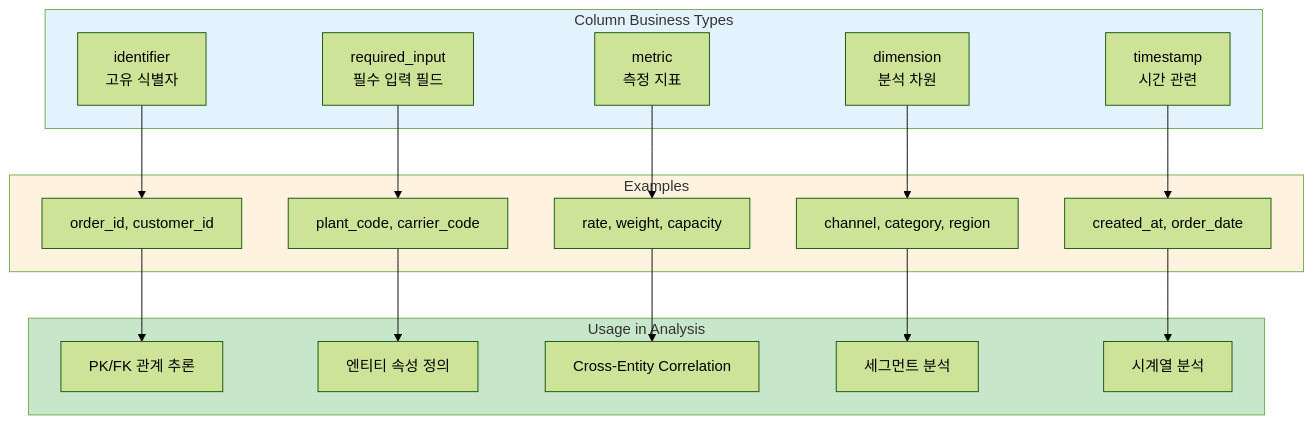
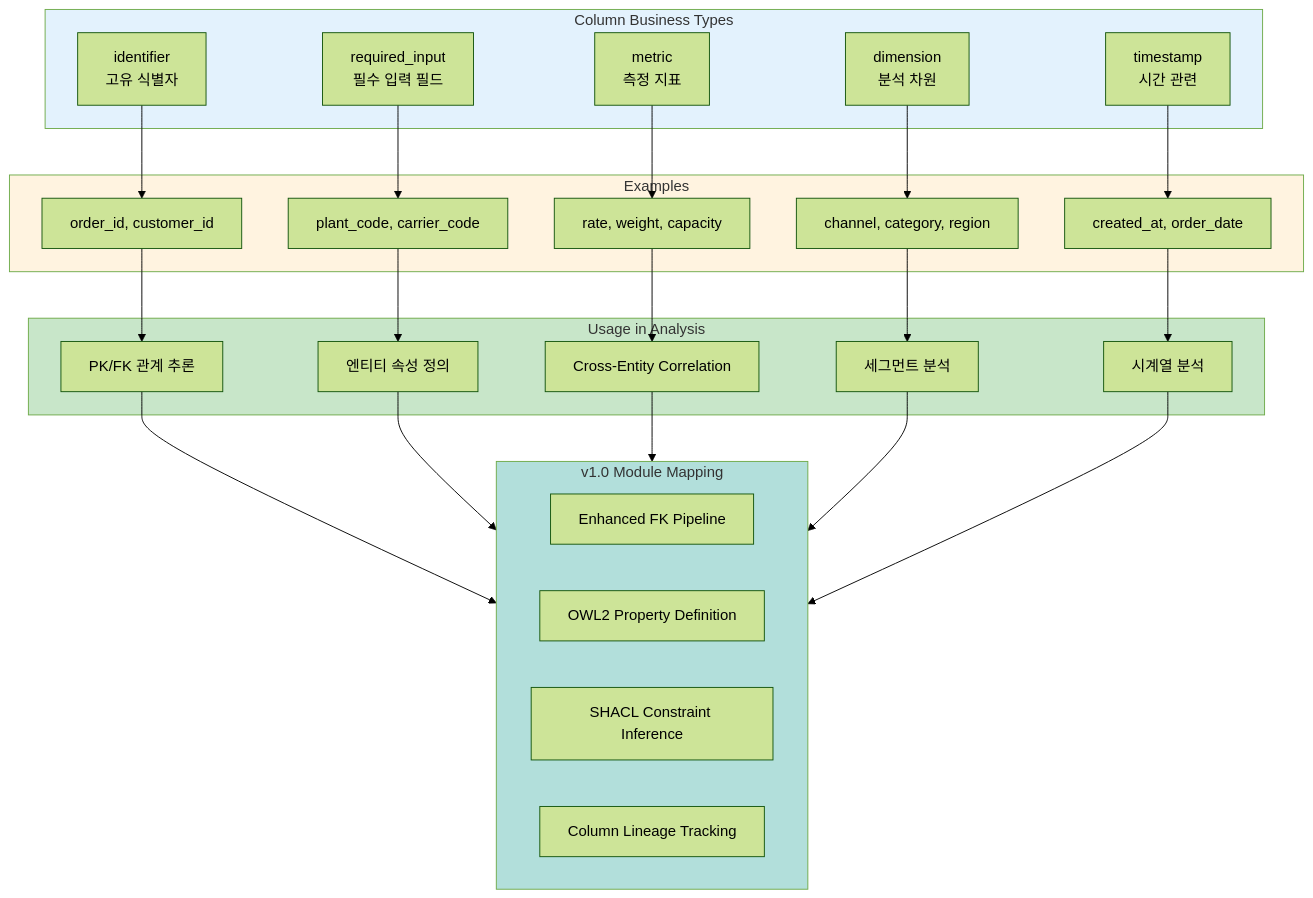
The seventh of 11 diagrams in docs/diagrams/08-domain-detection.md (sabill123/ontology), drawn with Mermaid (forest theme) before and after one commit. The commit also changed other lines of this file and 176 other files, not shown here.

````diff
--- a/docs/diagrams/08-domain-detection.md
+++ b/docs/diagrams/08-domain-detection.md
@@ -267,36 +284,46 @@
 ```mermaid
 flowchart TB
     subgraph COLUMN_TYPES["Column Business Types"]
         CT1["identifier<br/>고유 식별자"]
         CT2["required_input<br/>필수 입력 필드"]
         CT3["metric<br/>측정 지표"]
         CT4["dimension<br/>분석 차원"]
         CT5["timestamp<br/>시간 관련"]
     end
 
     subgraph EXAMPLES["Examples"]
         EX1["order_id, customer_id"]
         EX2["plant_code, carrier_code"]
         EX3["rate, weight, capacity"]
         EX4["channel, category, region"]
         EX5["created_at, order_date"]
     end
 
     subgraph USAGE["Usage in Analysis"]
         U1["PK/FK 관계 추론"]
         U2["엔티티 속성 정의"]
         U3["Cross-Entity Correlation"]
         U4["세그먼트 분석"]
         U5["시계열 분석"]
     end
 
+    subgraph V16_MAPPING["v1.0 Module Mapping"]
+        V1["Enhanced FK Pipeline"]
+        V2["OWL2 Property Definition"]
+        V3["SHACL Constraint Inference"]
+        V4["Column Lineage Tracking"]
+    end
+
     CT1 --> EX1 --> U1
     CT2 --> EX2 --> U2
     CT3 --> EX3 --> U3
     CT4 --> EX4 --> U4
     CT5 --> EX5 --> U5
 
+    U1 & U2 & U3 & U4 & U5 --> V16_MAPPING
+
     style COLUMN_TYPES fill:#e3f2fd
     style EXAMPLES fill:#fff3e0
     style USAGE fill:#c8e6c9
+    style V16_MAPPING fill:#b2dfdb
 ```
````
